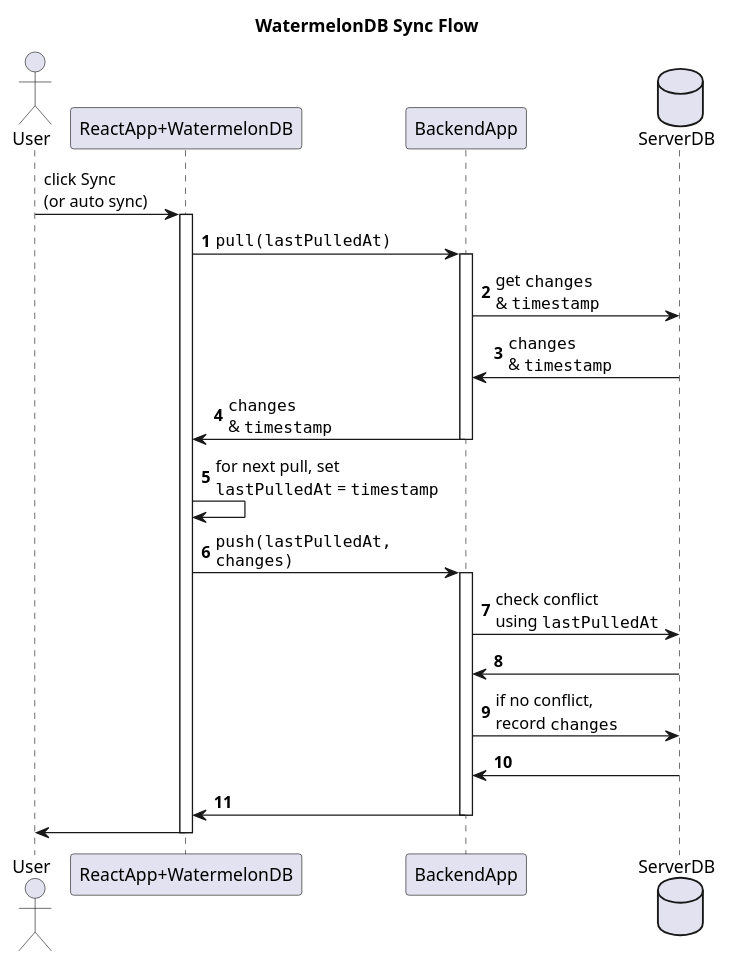
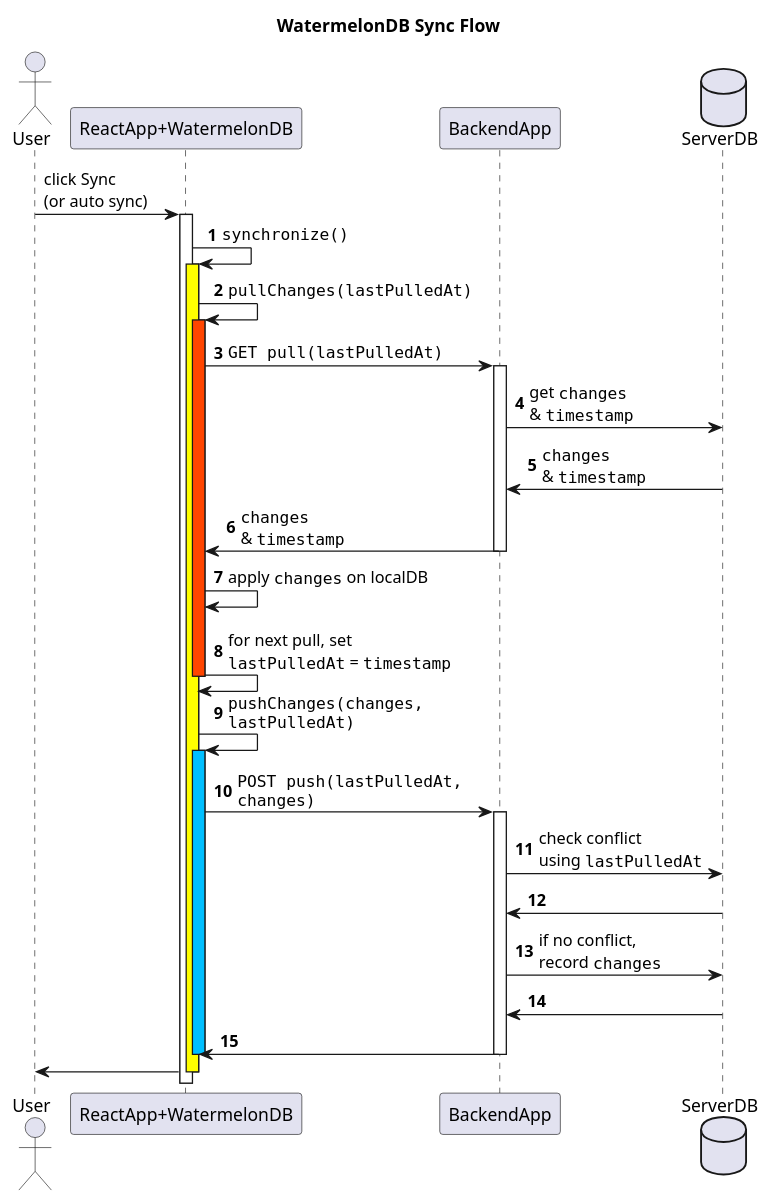
Before and after one commit to fahrinh/my-blog: the diagram in diagram/watermelondb-sync-flow.plantuml, drawn with PlantUML.

Commit message:
add pullChanges & pushChanges

```diff
--- a/diagram/watermelondb-sync-flow.plantuml
+++ b/diagram/watermelondb-sync-flow.plantuml
@@ -1,43 +1,57 @@
 @startuml
 title WatermelonDB Sync Flow
 
 actor User
 
 participant "ReactApp+WatermelonDB" as ReactApp
 participant BackendApp
 database ServerDB
 
 User -> ReactApp : click Sync\n(or auto sync)
 activate ReactApp
 
 autonumber
 
-ReactApp -> BackendApp : ""pull(lastPulledAt)""
+ReactApp -> ReactApp : ""synchronize()""
+activate ReactApp #Yellow
+
+ReactApp -> ReactApp : ""pullChanges(lastPulledAt)""
+activate ReactApp #OrangeRed
+
+ReactApp -> BackendApp : ""GET pull(lastPulledAt)""
 activate BackendApp
 
 BackendApp -> ServerDB : get ""changes"" \n& ""timestamp""
 ServerDB -> BackendApp : ""changes"" \n& ""timestamp""
 
 BackendApp -> ReactApp : ""changes"" \n& ""timestamp""
 deactivate BackendApp
 
+ReactApp -> ReactApp : apply ""changes"" on localDB
 ReactApp -> ReactApp : for next pull, set\n""lastPulledAt"" = ""timestamp""
 
-ReactApp -> BackendApp : ""push(lastPulledAt,""\n""changes)""
+deactivate ReactApp
+
+ReactApp -> ReactApp : ""pushChanges(changes,""\n""lastPulledAt)""
+activate ReactApp #DeepSkyBlue
+
+ReactApp -> BackendApp : ""POST push(lastPulledAt,""\n""changes)""
 activate BackendApp
 
 BackendApp -> ServerDB : check conflict\nusing ""lastPulledAt""
 ServerDB -> BackendApp
 
 BackendApp -> ServerDB : if no conflict,\nrecord ""changes""
 ServerDB -> BackendApp
 
 BackendApp -> ReactApp
+deactivate ReactApp
+
 deactivate BackendApp
 
 autonumber stop
 
 ReactApp -> User
 deactivate ReactApp
 
 @enduml
```
